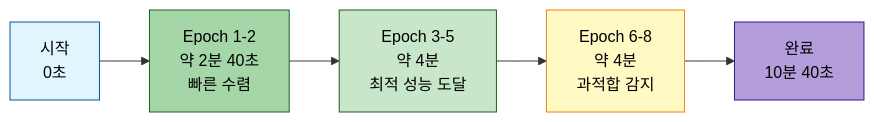
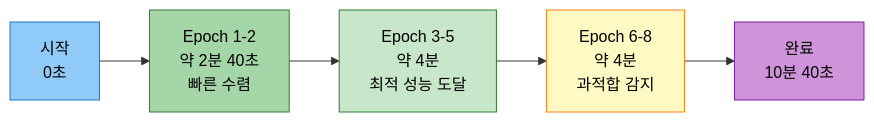
One commit to AIBootcamp14/naturallanguageprocessingcompetition-nlp-1 changed the sixth of 15 diagrams in docs/experiments/20251013_111525_strategy1_kobart_optimized_실험분석.md. Above: the diagram before and after it, drawn with Mermaid. The commit also changed other lines of this file, not shown here.

Commit message:
fix: 실험 분석 문서 mermaid 스타일 수정   - 모든 mermaid 다이어그램을 개별 노드 스타일 형식으로 변경   - subgraph 스타일 제거, 개별 노드별 색상 적용   - 20251012 문서 스타일 형식에 맞춰 통일   - experiments_style.md의 모든 예시 코드도 동일하게 수정

````diff
--- a/docs/experiments/20251013_111525_strategy1_kobart_optimized_실험분석.md
+++ b/docs/experiments/20251013_111525_strategy1_kobart_optimized_실험분석.md
@@ -277,13 +288,13 @@
 ```mermaid
 graph LR
     A[시작<br/>0초] --> B[Epoch 1-2<br/>약 2분 40초<br/>빠른 수렴]
     B --> C[Epoch 3-5<br/>약 4분<br/>최적 성능 도달]
     C --> D[Epoch 6-8<br/>약 4분<br/>과적합 감지]
     D --> E[완료<br/>10분 40초]
 
-    style A fill:#e1f5ff,stroke:#01579b,color:#000
-    style B fill:#a5d6a7,stroke:#1b5e20,color:#000
-    style C fill:#c8e6c9,stroke:#1b5e20,color:#000
+    style A fill:#90caf9,stroke:#1976d2,color:#000
+    style B fill:#a5d6a7,stroke:#2e7d32,color:#000
+    style C fill:#c8e6c9,stroke:#2e7d32,color:#000
     style D fill:#fff9c4,stroke:#f57f17,color:#000
-    style E fill:#b39ddb,stroke:#311b92,color:#000
+    style E fill:#ce93d8,stroke:#7b1fa2,color:#000
 ```
````
